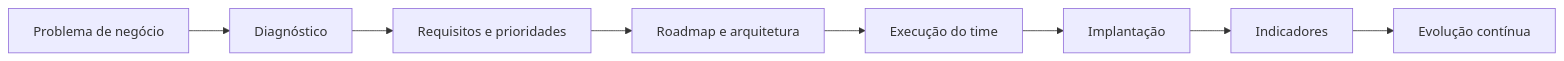
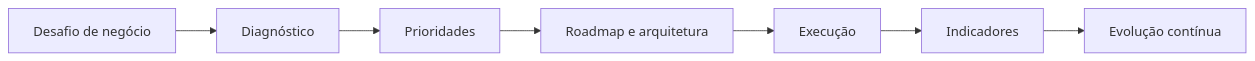
One commit to GustavoLemosUp/GustavoLemosUp changed the first of 2 diagrams in README.md. Above: the diagram before and after it, drawn with Mermaid. The commit also changed other lines of this file, not shown here.

````diff
--- a/README.md
+++ b/README.md
@@ -55,10 +61,9 @@
 ```mermaid
 flowchart LR
-    A[Problema de negócio] --> B[Diagnóstico]
-    B --> C[Requisitos e prioridades]
+    A[Desafio de negócio] --> B[Diagnóstico]
+    B --> C[Prioridades]
     C --> D[Roadmap e arquitetura]
-    D --> E[Execução do time]
-    E --> F[Implantação]
-    F --> G[Indicadores]
-    G --> H[Evolução contínua]
+    D --> E[Execução]
+    E --> F[Indicadores]
+    F --> G[Evolução contínua]
 ```
````
